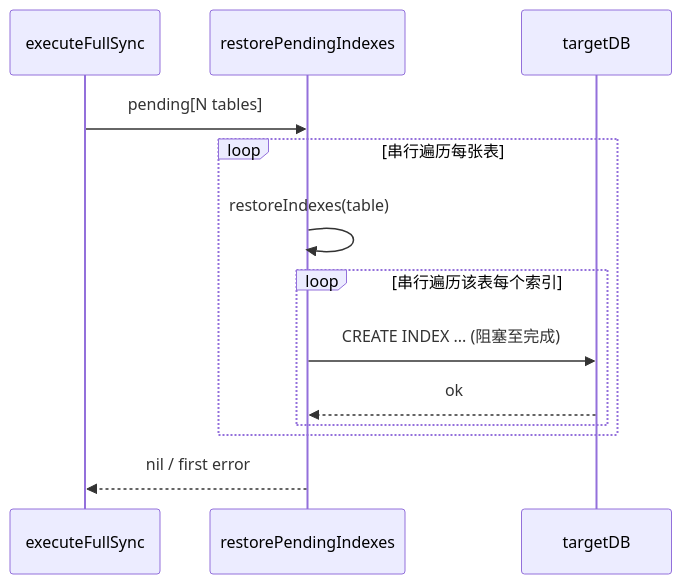
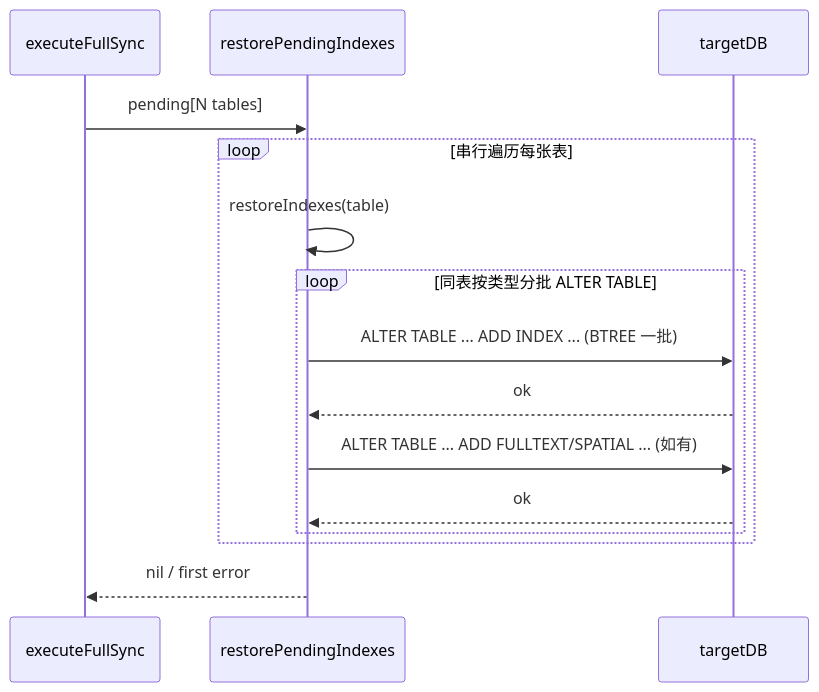
The second of 3 diagrams in docs/optimization/INDEX_RESTORE_CONCURRENCY_OPTIMIZATION.md (734965549/mysql_to_asyns), drawn with Mermaid before and after one commit. The commit also changed other lines of this file and 4 other files, not shown here.

````diff
--- a/docs/optimization/INDEX_RESTORE_CONCURRENCY_OPTIMIZATION.md
+++ b/docs/optimization/INDEX_RESTORE_CONCURRENCY_OPTIMIZATION.md
@@ -42,15 +42,17 @@
 ```mermaid
 sequenceDiagram
     participant Caller as executeFullSync
     participant R as restorePendingIndexes
     participant DB as targetDB
     Caller->>R: pending[N tables]
     loop 串行遍历每张表
         R->>R: restoreIndexes(table)
-        loop 串行遍历该表每个索引
-            R->>DB: CREATE INDEX ... (阻塞至完成)
+        loop 同表按类型分批 ALTER TABLE
+            R->>DB: ALTER TABLE ... ADD INDEX ... (BTREE 一批)
+            DB-->>R: ok
+            R->>DB: ALTER TABLE ... ADD FULLTEXT/SPATIAL ... (如有)
             DB-->>R: ok
         end
     end
     R-->>Caller: nil / first error
 ```
````
